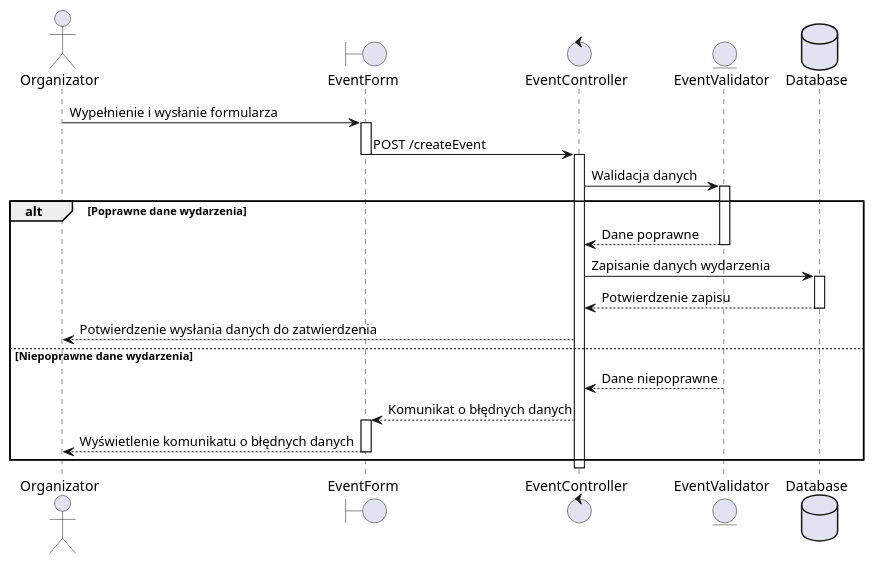
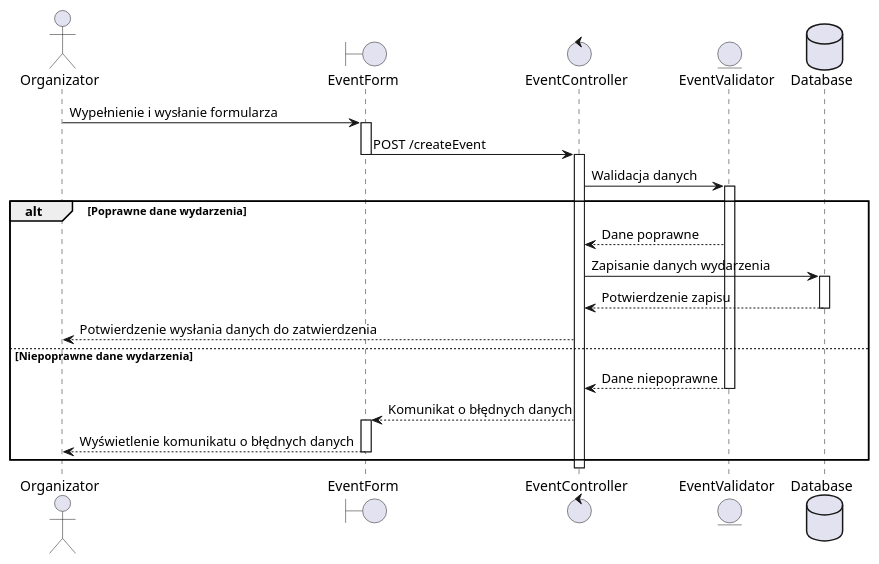
Before and after one commit to Tkapcer/SystemSprzedazyBiletow: the diagram in Diagramy/Sekwencji/TworzenieWydarzenia.puml, drawn with PlantUML. The commit also changed 3 other files, not shown here.

Commit message:
Poprawki diagramów sekwencji

```diff
--- a/Diagramy/Sekwencji/TworzenieWydarzenia.puml
+++ b/Diagramy/Sekwencji/TworzenieWydarzenia.puml
@@ -1,32 +1,31 @@
 @startuml
 actor Organizator
-boundary EventForm  /'Formularz wydarzenia'/ 
-control EventController  /'Kontroler zarządzający logiką wydarzenia'/ 
-entity EventValidator  /'Walidator danych wydarzenia'/ 
+boundary EventForm  /'Formularz wydarzenia'/
+control EventController  /'Kontroler zarządzający logiką wydarzenia'/
+entity EventValidator  /'Walidator danych wydarzenia'/
 database Database
 
 Organizator -> EventForm: Wypełnienie i wysłanie formularza
 activate EventForm
 EventForm -> EventController: POST /createEvent
 deactivate EventForm
 activate EventController
 EventController -> EventValidator: Walidacja danych
 activate EventValidator
 
 alt Poprawne dane wydarzenia
     EventValidator --> EventController: Dane poprawne
-    deactivate EventValidator
     EventController -> Database: Zapisanie danych wydarzenia
     activate Database
     Database --> EventController: Potwierdzenie zapisu
     deactivate Database
     EventController --> Organizator: Potwierdzenie wysłania danych do zatwierdzenia
 else Niepoprawne dane wydarzenia
     EventValidator --> EventController: Dane niepoprawne
     deactivate EventValidator
     EventController --> EventForm: Komunikat o błędnych danych
     activate EventForm
     EventForm --> Organizator: Wyświetlenie komunikatu o błędnych danych
     deactivate EventForm
 end
 @enduml
```
